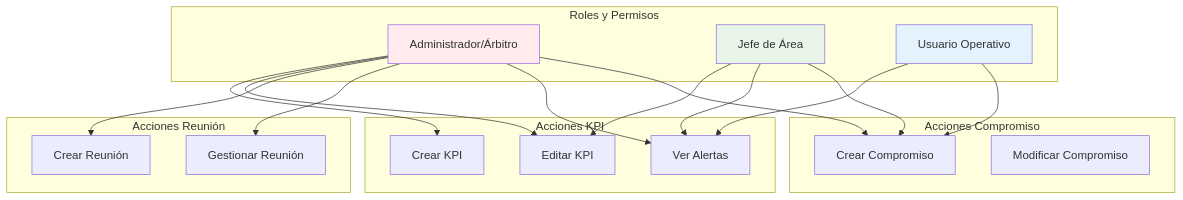
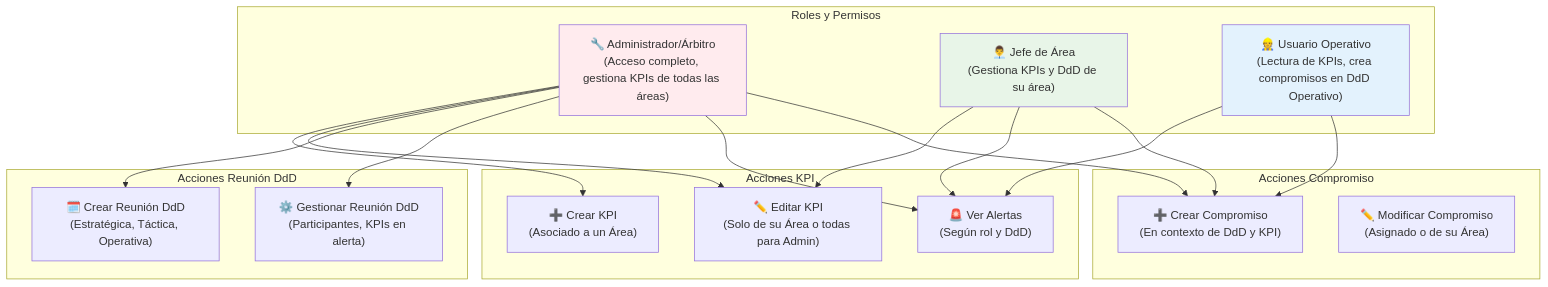
Before and after one commit to ColDev-Colivoro/Proyecto-Estandarizaci-n-normalizacion-Nutrisco: the sixth of 6 diagrams in readmeEjecutivo.md, drawn with Mermaid. The commit also changed other lines of this file and 2 other files, not shown here.

Commit message:
refactor: update README and executive documents to clarify KPI management by area and enhance DdD context

````diff
--- a/readmeEjecutivo.md
+++ b/readmeEjecutivo.md
@@ -296,42 +315,42 @@
 ```mermaid
 graph TB
   subgraph "Roles y Permisos"
-    ADMIN["Administrador/Árbitro"]
-    JEFE["Jefe de Área"]
-    OPERATIVO["Usuario Operativo"]
+    ADMIN["🔧 Administrador/Árbitro<br/>(Acceso completo, gestiona KPIs de todas las áreas)"]
+    JEFE["👨‍💼 Jefe de Área<br/>(Gestiona KPIs y DdD de su área)"]
+    OPERATIVO["👷 Usuario Operativo<br/>(Lectura de KPIs, crea compromisos en DdD Operativo)"]
   end
   
   subgraph "Acciones KPI"
-    CREAR_KPI["Crear KPI"]
-    EDITAR_KPI["Editar KPI"]
-    VER_ALERTAS["Ver Alertas"]
+    CREAR_KPI["➕ Crear KPI<br/>(Asociado a un Área)"]
+    EDITAR_KPI["✏️ Editar KPI<br/>(Solo de su Área o todas para Admin)"]
+    VER_ALERTAS["🚨 Ver Alertas<br/>(Según rol y DdD)"]
   end
   
-  subgraph "Acciones Reunión"
-    CREAR_REUNION["Crear Reunión"]
-    GESTIONAR_REUNION["Gestionar Reunión"]
+  subgraph "Acciones Reunión DdD"
+    CREAR_REUNION["🗓️ Crear Reunión DdD<br/>(Estratégica, Táctica, Operativa)"]
+    GESTIONAR_REUNION["⚙️ Gestionar Reunión DdD<br/>(Participantes, KPIs en alerta)"]
   end
   
   subgraph "Acciones Compromiso"
-    CREAR_COMPROMISO["Crear Compromiso"]
-    MODIFICAR_COMPROMISO["Modificar Compromiso"]
+    CREAR_COMPROMISO["➕ Crear Compromiso<br/>(En contexto de DdD y KPI)"]
+    MODIFICAR_COMPROMISO["✏️ Modificar Compromiso<br/>(Asignado o de su Área)"]
   end
   
   ADMIN --> CREAR_KPI
   ADMIN --> EDITAR_KPI
   JEFE --> EDITAR_KPI
   ADMIN --> CREAR_REUNION
   ADMIN --> GESTIONAR_REUNION
   
   ADMIN --> VER_ALERTAS
   JEFE --> VER_ALERTAS
   OPERATIVO --> VER_ALERTAS
   
   ADMIN --> CREAR_COMPROMISO
   JEFE --> CREAR_COMPROMISO
   OPERATIVO --> CREAR_COMPROMISO
   
   style ADMIN fill:#ffebee
   style JEFE fill:#e8f5e8
   style OPERATIVO fill:#e3f2fd
 ```
````
